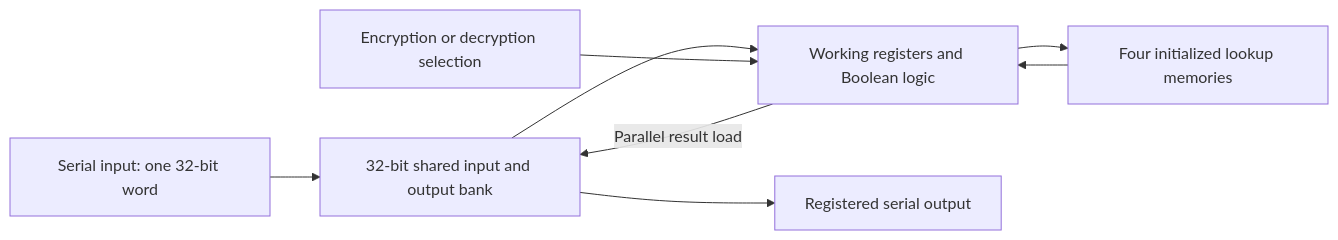
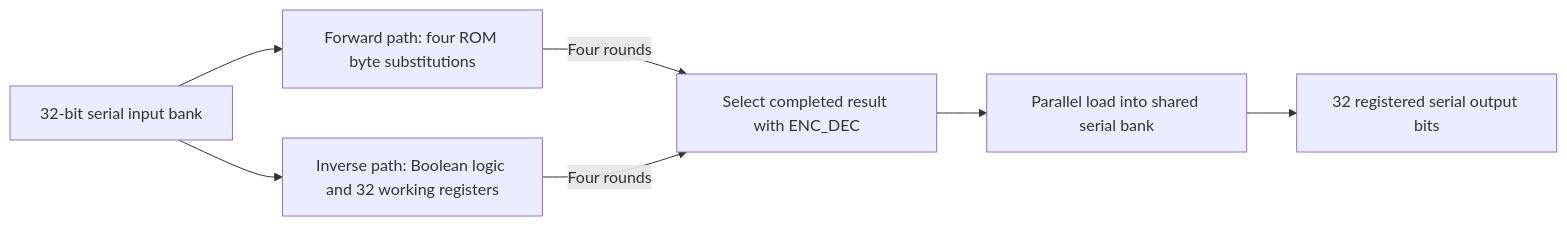
The diagram in submission/ENCRYPTION_EXPLANATION.md (alzaeda19/csaw), drawn with Mermaid before and after one commit. The commit also changed other lines of this file and 146 other files, not shown here.

````diff
--- a/submission/ENCRYPTION_EXPLANATION.md
+++ b/submission/ENCRYPTION_EXPLANATION.md
@@ -15,10 +30,9 @@
 ```mermaid
 flowchart LR
-    I[Serial input: one 32-bit word] --> S[32-bit shared input and output bank]
-    S --> W[Working registers and Boolean logic]
-    W --> L[Four initialized lookup memories]
-    L --> W
-    M[Encryption or decryption selection] --> W
-    W -->|Parallel result load| S
-    S --> O[Registered serial output]
+    I[32-bit serial input bank] --> F[Forward path: four ROM byte substitutions]
+    I --> D[Inverse path: Boolean logic and 32 working registers]
+    F -->|Four rounds| M[Select completed result with ENC_DEC]
+    D -->|Four rounds| M
+    M --> O[Parallel load into shared serial bank]
+    O --> R[32 registered serial output bits]
 ```
````
